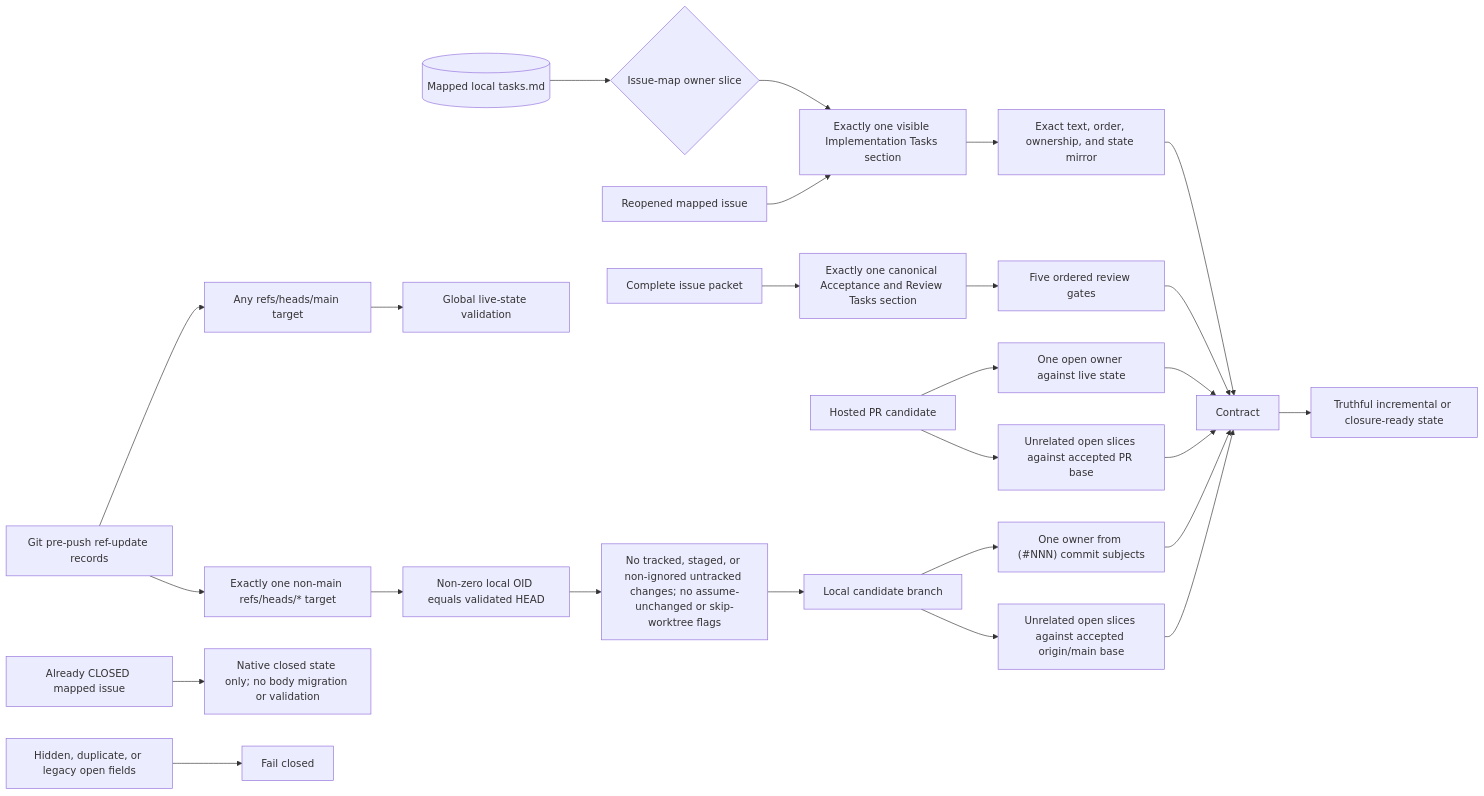
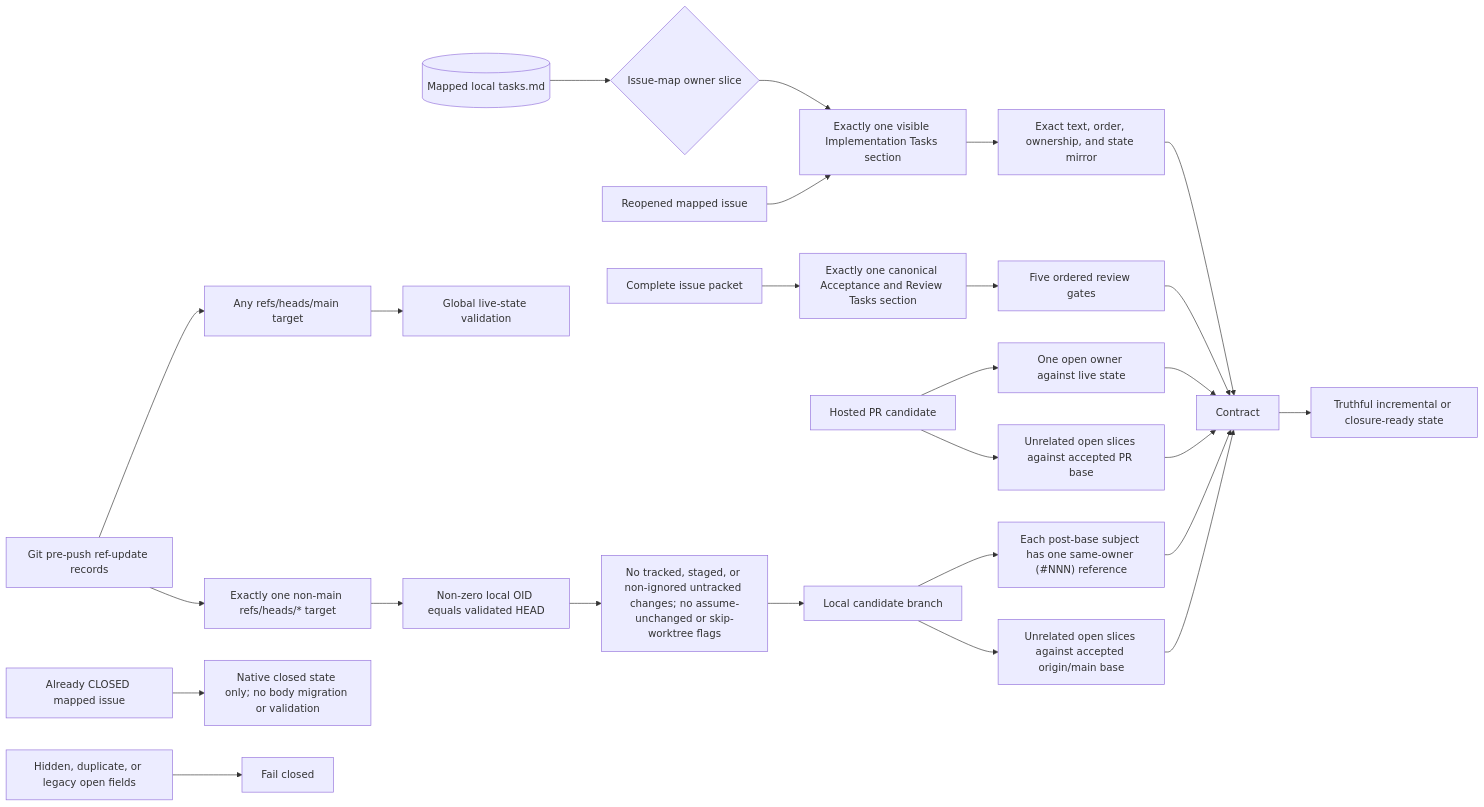
The first of 28 diagrams in docs/v050-release-architecture.md (styler-ai/ProjectAtlas), drawn with Mermaid before and after one commit. The commit also changed 6 other files, not shown here.

Commit message:
fix(issueops): validate each candidate commit owner (#549)

````diff
--- a/docs/v050-release-architecture.md
+++ b/docs/v050-release-architecture.md
@@ -7,28 +7,28 @@
 ```mermaid
 flowchart LR
     LocalTasks[(Mapped local tasks.md)] --> OwnerSlice{Issue-map owner slice}
     OwnerSlice --> Implementation[Exactly one visible Implementation Tasks section]
     IssuePacket[Complete issue packet] --> Acceptance[Exactly one canonical Acceptance and Review Tasks section]
     Implementation --> Sync[Exact text, order, ownership, and state mirror]
     Acceptance --> Gates[Five ordered review gates]
     Sync --> Contract
     Gates --> Contract
     PR[Hosted PR candidate] --> Owner[One open owner against live state]
     PR --> Base[Unrelated open slices against accepted PR base]
     Push[Git pre-push ref-update records] --> MainTarget["Any refs/heads/main target"]
     Push --> CandidateTarget["Exactly one non-main refs/heads/* target"]
     MainTarget --> Global[Global live-state validation]
     CandidateTarget --> CandidateObject["Non-zero local OID equals validated HEAD"]
     CandidateObject --> CandidateClean["No tracked, staged, or non-ignored untracked changes; no assume-unchanged or skip-worktree flags"]
     CandidateClean --> Candidate[Local candidate branch]
-    Candidate --> CandidateOwner["One owner from (#NNN) commit subjects"]
+    Candidate --> CandidateOwner["Each post-base subject has one same-owner (#NNN) reference"]
     Candidate --> CandidateBase["Unrelated open slices against accepted origin/main base"]
     Owner --> Contract
     Base --> Contract
     CandidateOwner --> Contract
     CandidateBase --> Contract
     Closed[Already CLOSED mapped issue] --> Inert[Native closed state only; no body migration or validation]
     Reopened[Reopened mapped issue] --> Implementation
     Hidden[Hidden, duplicate, or legacy open fields] --> Reject[Fail closed]
     Contract --> Ready[Truthful incremental or closure-ready state]
 ```
````
